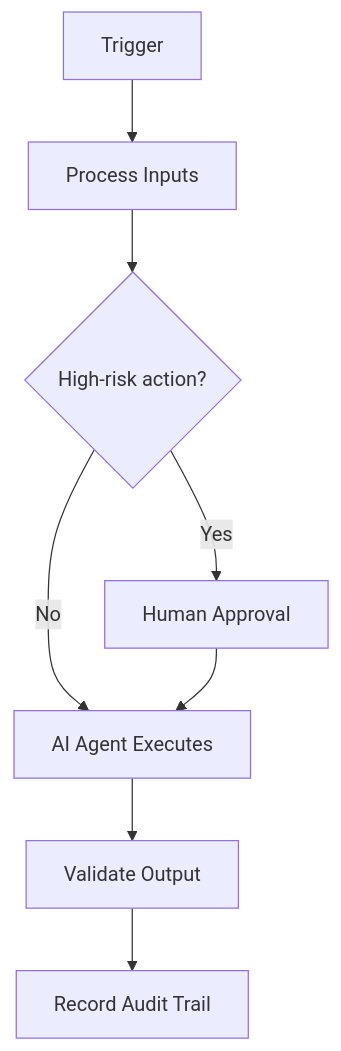
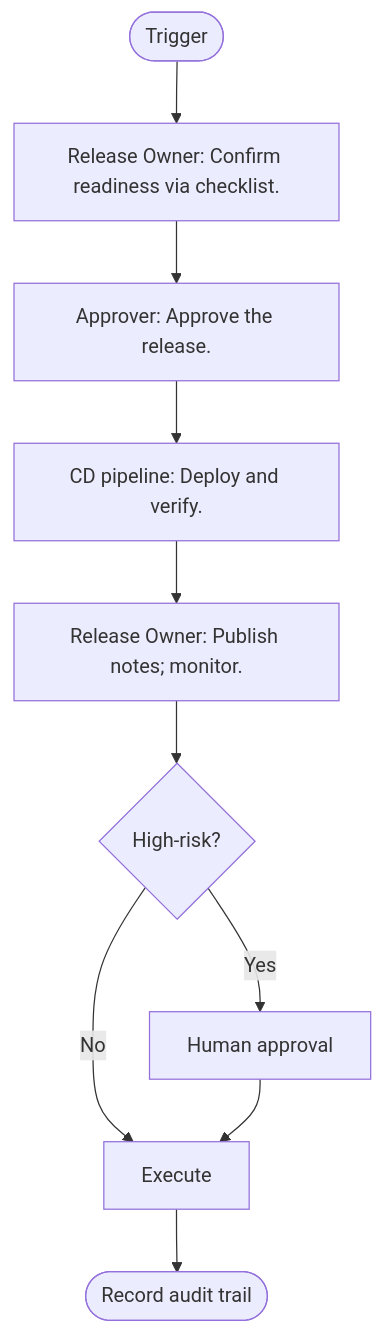
The diagram in 02_ARTEFACTS/PHASE_08_PLAYBOOKS/Engineering/03_RELEASE_MANAGEMENT_PLAYBOOK.md (mypsbots/AI-Business-Operating-System), drawn with Mermaid before and after one commit. The commit also changed other lines of this file and 131 other files, not shown here.

````diff
--- a/02_ARTEFACTS/PHASE_08_PLAYBOOKS/Engineering/03_RELEASE_MANAGEMENT_PLAYBOOK.md
+++ b/02_ARTEFACTS/PHASE_08_PLAYBOOKS/Engineering/03_RELEASE_MANAGEMENT_PLAYBOOK.md
@@ -82,10 +93,15 @@
 ```mermaid
 flowchart TD
-    A[Trigger] --> B[Process Inputs]
-    B --> C{High-risk action?}
-    C -->|Yes| D[Human Approval]
-    C -->|No| E[AI Agent Executes]
-    D --> E
-    E --> F[Validate Output]
-    F --> G[Record Audit Trail]
+    S([Trigger]) --> A0
+    A0["Release Owner: Confirm readiness via checklist."]
+    A1["Approver: Approve the release."]
+    A0 --> A1
+    A2["CD pipeline: Deploy and verify."]
+    A1 --> A2
+    A3["Release Owner: Publish notes; monitor."]
+    A2 --> A3
+    A3 --> D{High-risk?}
+    D -->|Yes| H[Human approval]
+    D -->|No| E[Execute]
+    H --> E --> R([Record audit trail])
 ```
````
